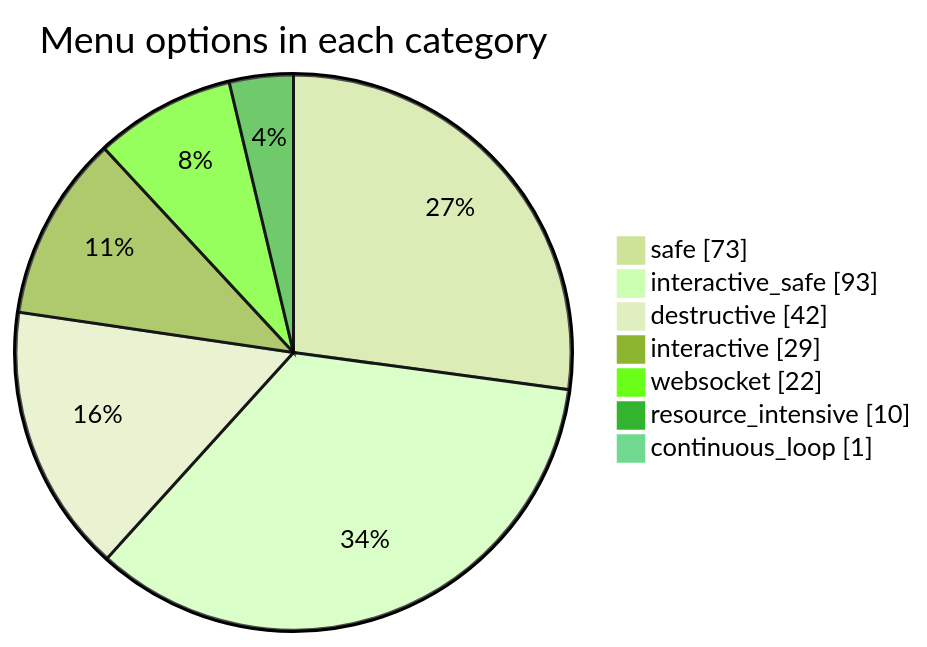
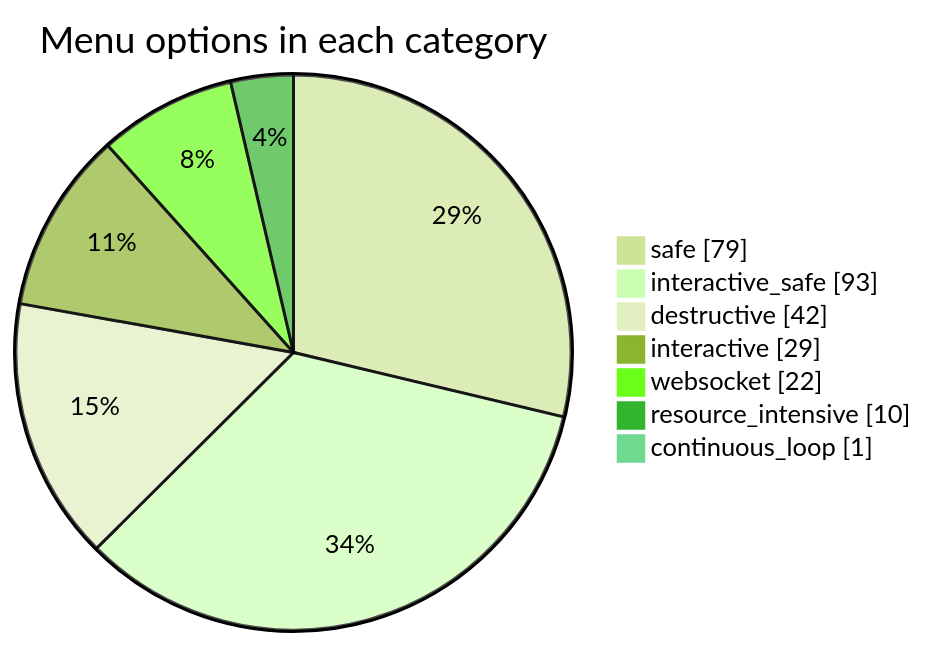
The third of 3 diagrams in documentation/menu-api/README.md (jmorrison-juniper/MistHelper), drawn with Mermaid (forest theme) before and after one commit. The commit also changed other lines of this file and 6 other files, not shown here.

````diff
--- a/documentation/menu-api/README.md
+++ b/documentation/menu-api/README.md
@@ -61,11 +61,11 @@
 ```mermaid
 pie showData
     title Menu options in each category
-    "safe" : 73
+    "safe" : 79
     "interactive_safe" : 93
     "destructive" : 42
     "interactive" : 29
     "websocket" : 22
     "resource_intensive" : 10
     "continuous_loop" : 1
 ```
````
